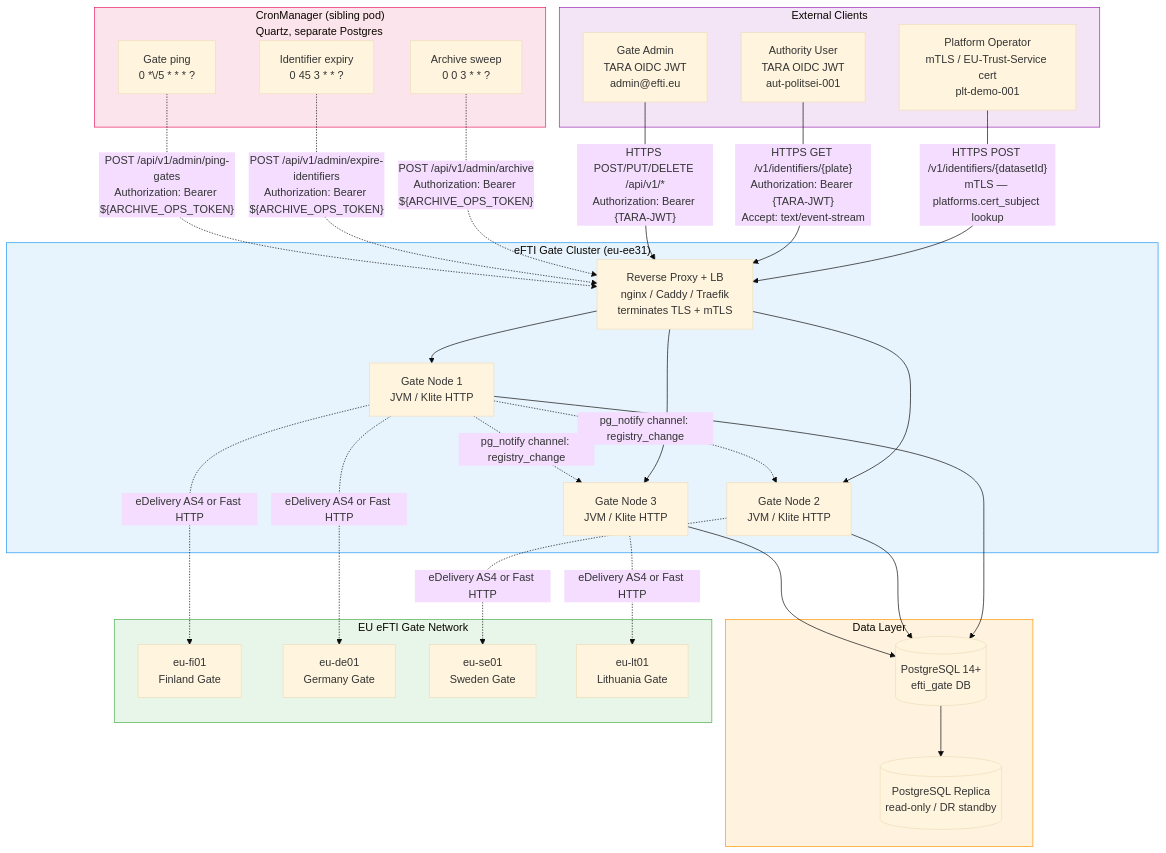
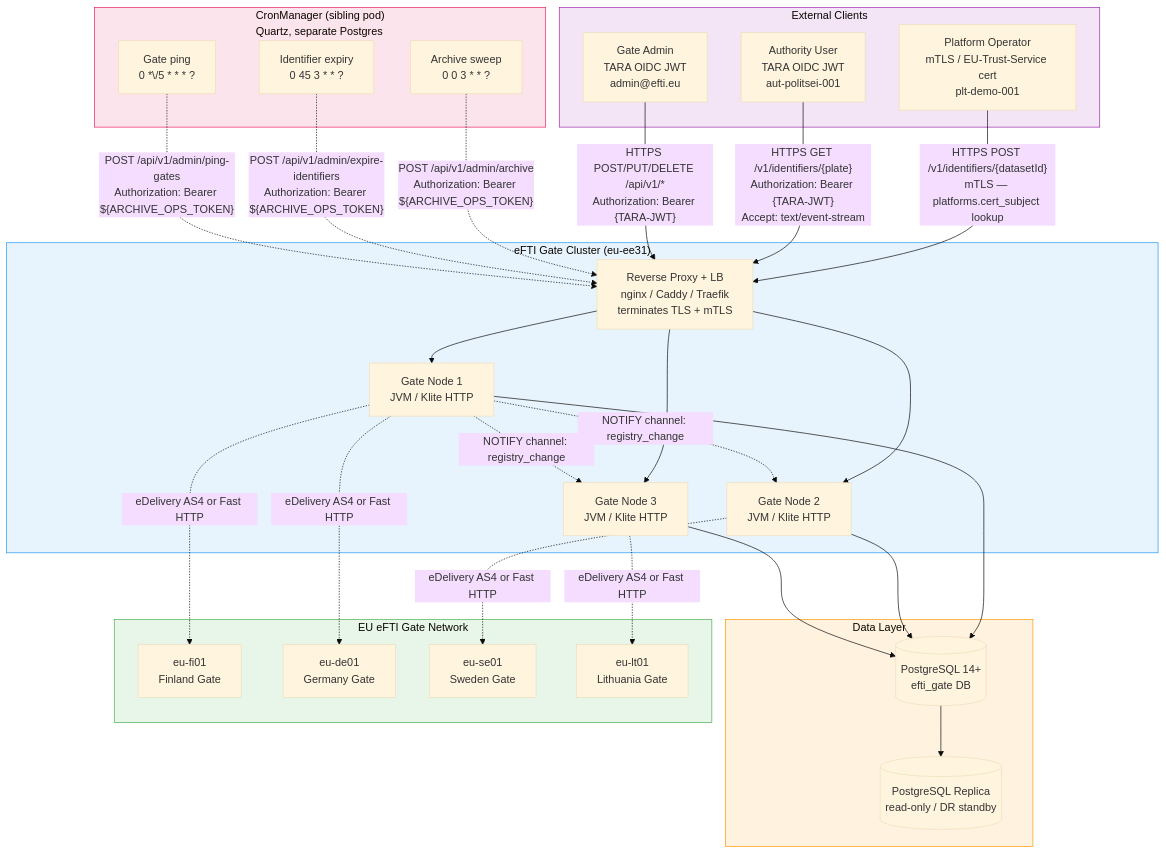
One commit to kemit-ee/efti-gate-ee changed the diagram in docs/specs/diagrams/arch-01-multi-node-deployment.mmd. Above: the diagram before and after it, drawn with Mermaid (base theme). The commit also changed 5 other files, not shown here.

```diff
--- a/docs/specs/diagrams/arch-01-multi-node-deployment.mmd
+++ b/docs/specs/diagrams/arch-01-multi-node-deployment.mmd
@@ -1,62 +1,62 @@
 graph TB
     subgraph External["External Clients"]
         Platform[Platform Operator\nmTLS / EU-Trust-Service cert\nplt-demo-001]
         Authority[Authority User\nTARA OIDC JWT\naut-politsei-001]
         Admin[Gate Admin\nTARA OIDC JWT\nadmin@efti.eu]
     end
 
     subgraph GateCluster["eFTI Gate Cluster (eu-ee31)"]
         LB[Reverse Proxy + LB\nnginx / Caddy / Traefik\nterminates TLS + mTLS]
         Node1[Gate Node 1\nJVM / Klite HTTP]
         Node2[Gate Node 2\nJVM / Klite HTTP]
         Node3[Gate Node 3\nJVM / Klite HTTP]
 
         LB --> Node1
         LB --> Node2
         LB --> Node3
     end
 
     subgraph DataLayer["Data Layer"]
         DB[(PostgreSQL 14+\nefti_gate DB)]
         DBReplica[(PostgreSQL Replica\nread-only / DR standby)]
     end
 
     subgraph CronMgr["CronManager (sibling pod)\nQuartz, separate Postgres"]
         ArchiveJob[Archive sweep\n0 0 3 * * ?]
         ExpireJob[Identifier expiry\n0 45 3 * * ?]
         PingJob[Gate ping\n0 *\/5 * * * ?]
     end
 
     subgraph EUGates["EU eFTI Gate Network"]
         GateFI[eu-fi01\nFinland Gate]
         GateDE[eu-de01\nGermany Gate]
         GateSE[eu-se01\nSweden Gate]
         GateLT[eu-lt01\nLithuania Gate]
     end
 
     Platform -->|"HTTPS POST /v1/identifiers/{datasetId}\nmTLS — platforms.cert_subject lookup"| LB
     Authority -->|"HTTPS GET /v1/identifiers/{plate}\nAuthorization: Bearer {TARA-JWT}\nAccept: text/event-stream"| LB
     Admin -->|"HTTPS POST/PUT/DELETE /api/v1/*\nAuthorization: Bearer {TARA-JWT}"| LB
 
     Node1 --> DB
     Node2 --> DB
     Node3 --> DB
     DB --> DBReplica
 
-    Node1 -.->|"pg_notify channel: registry_change"| Node2
-    Node1 -.->|"pg_notify channel: registry_change"| Node3
+    Node1 -.->|"NOTIFY channel: registry_change"| Node2
+    Node1 -.->|"NOTIFY channel: registry_change"| Node3
 
     ArchiveJob -.->|"POST /api/v1/admin/archive\nAuthorization: Bearer ${ARCHIVE_OPS_TOKEN}"| LB
     ExpireJob  -.->|"POST /api/v1/admin/expire-identifiers\nAuthorization: Bearer ${ARCHIVE_OPS_TOKEN}"| LB
     PingJob    -.->|"POST /api/v1/admin/ping-gates\nAuthorization: Bearer ${ARCHIVE_OPS_TOKEN}"| LB
 
     Node1 -.->|eDelivery AS4 or Fast HTTP| GateFI
     Node1 -.->|eDelivery AS4 or Fast HTTP| GateDE
     Node2 -.->|eDelivery AS4 or Fast HTTP| GateSE
     Node3 -.->|eDelivery AS4 or Fast HTTP| GateLT
 
     style GateCluster fill:#e8f4fd,stroke:#2196F3
     style DataLayer fill:#fff3e0,stroke:#FF9800
     style External fill:#f3e5f5,stroke:#9C27B0
     style EUGates fill:#e8f5e9,stroke:#4CAF50
     style CronMgr fill:#fce4ec,stroke:#E91E63
```
